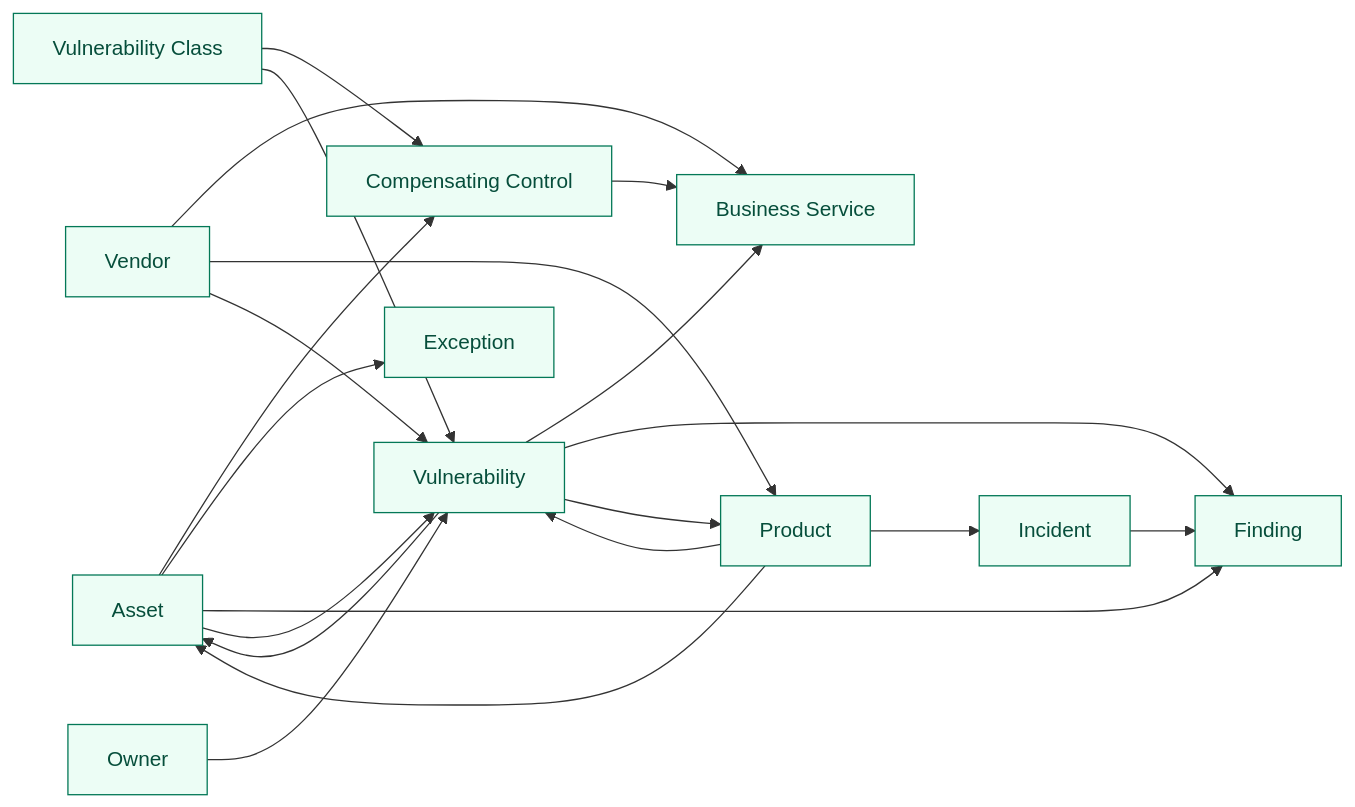
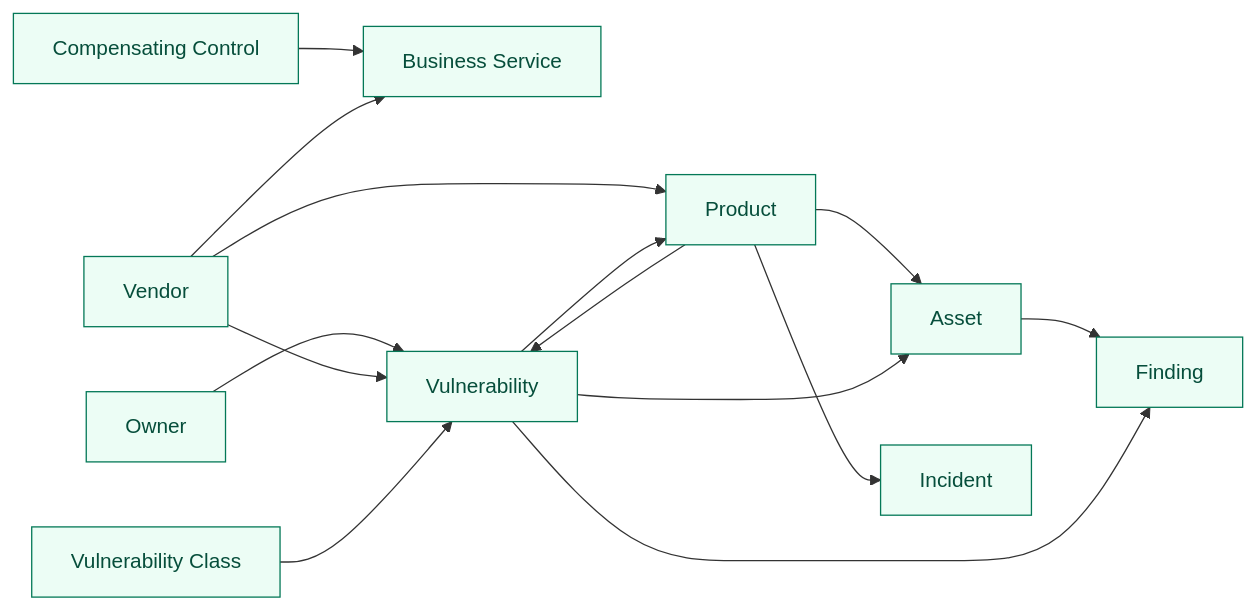
One commit to cruxible-ai/cruxible changed the third of 3 diagrams in kits/kev-triage/README.md. Above: the diagram before and after it, drawn with Mermaid. The commit also changed other lines of this file and 9 other files, not shown here.

````diff
--- a/kits/kev-triage/README.md
+++ b/kits/kev-triage/README.md
@@ -247,36 +247,29 @@
 ```mermaid
 flowchart LR
   classDef queryEntity fill:#ecfdf5,stroke:#047857,color:#064e3b
 
   query_entity_Asset["Asset"]
   query_entity_BusinessService["Business Service"]
   query_entity_CompensatingControl["Compensating Control"]
-  query_entity_Exception["Exception"]
   query_entity_Finding["Finding"]
   query_entity_Incident["Incident"]
   query_entity_Owner["Owner"]
   query_entity_Product["Product"]
   query_entity_Vendor["Vendor"]
   query_entity_Vulnerability["Vulnerability"]
   query_entity_VulnerabilityClass["Vulnerability Class"]
-  class query_entity_Asset,query_entity_BusinessService,query_entity_CompensatingControl,query_entity_Exception,query_entity_Finding,query_entity_Incident,query_entity_Owner,query_entity_Product,query_entity_Vendor,query_entity_Vulnerability,query_entity_VulnerabilityClass queryEntity
-  query_entity_Asset --> query_entity_CompensatingControl
-  query_entity_Asset --> query_entity_Exception
+  class query_entity_Asset,query_entity_BusinessService,query_entity_CompensatingControl,query_entity_Finding,query_entity_Incident,query_entity_Owner,query_entity_Product,query_entity_Vendor,query_entity_Vulnerability,query_entity_VulnerabilityClass queryEntity
   query_entity_Asset --> query_entity_Finding
-  query_entity_Asset --> query_entity_Vulnerability
   query_entity_CompensatingControl --> query_entity_BusinessService
-  query_entity_Incident --> query_entity_Finding
   query_entity_Owner --> query_entity_Vulnerability
   query_entity_Product --> query_entity_Asset
   query_entity_Product --> query_entity_Incident
   query_entity_Product --> query_entity_Vulnerability
   query_entity_Vendor --> query_entity_BusinessService
   query_entity_Vendor --> query_entity_Product
   query_entity_Vendor --> query_entity_Vulnerability
   query_entity_Vulnerability --> query_entity_Asset
-  query_entity_Vulnerability --> query_entity_BusinessService
   query_entity_Vulnerability --> query_entity_Finding
   query_entity_Vulnerability --> query_entity_Product
-  query_entity_VulnerabilityClass --> query_entity_CompensatingControl
   query_entity_VulnerabilityClass --> query_entity_Vulnerability
 ```
````
